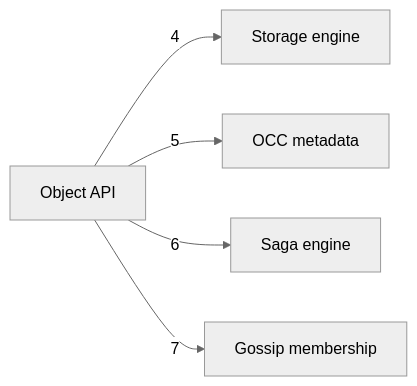
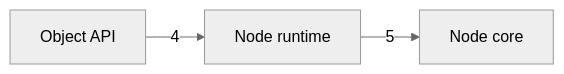
Before and after one commit to nickstrad/decentralized-object-store: the diagram in docs/c4/diagrams/02-container-b.mmd, drawn with Mermaid (neutral theme). The commit also changed 28 other files, not shown here.

Commit message:
c4: redraw the diagrams as built: a node core that implements every package's interfaces, a node runtime, the object API over one service interface

```diff
--- a/docs/c4/diagrams/02-container-b.mmd
+++ b/docs/c4/diagrams/02-container-b.mmd
@@ -1,6 +1,4 @@
 %% draw-visual: -x 4 -y 1 -p 0
 graph LR
-  API[Object API] -->|4| STORAGE[Storage engine]
-  API -->|5| OCC[OCC metadata]
-  API -->|6| SAGA[Saga engine]
-  API -->|7| GOSSIP[Gossip membership]
+  API[Object API] -->|4| RUNTIME[Node runtime]
+  RUNTIME -->|5| NODE[Node core]
```
